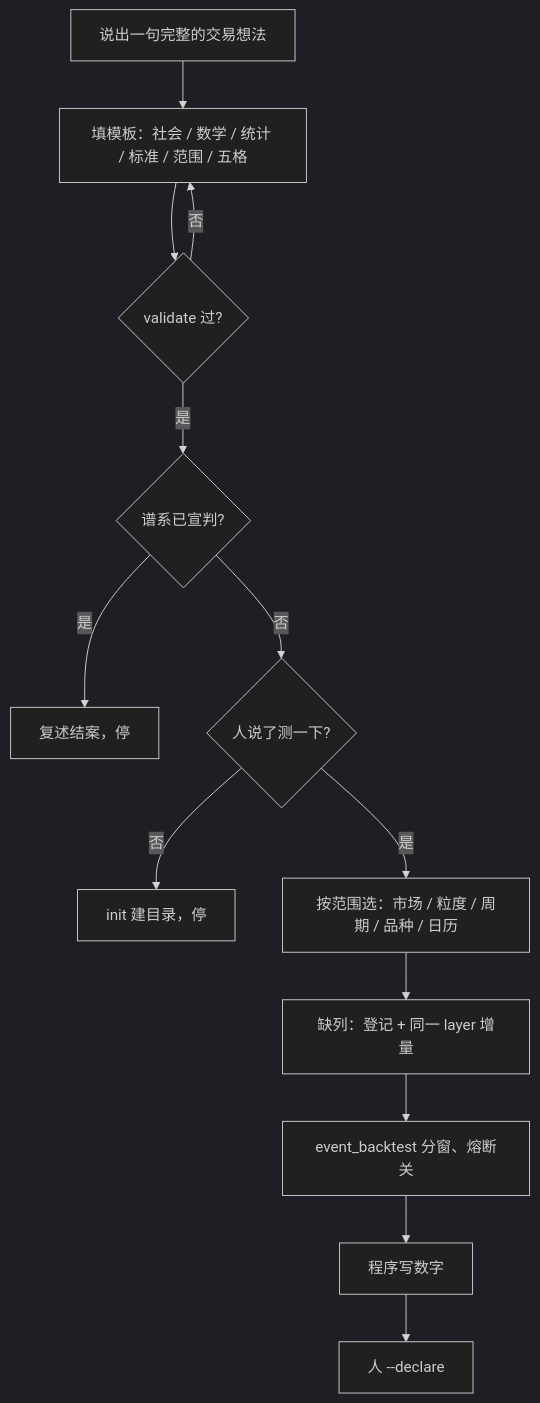
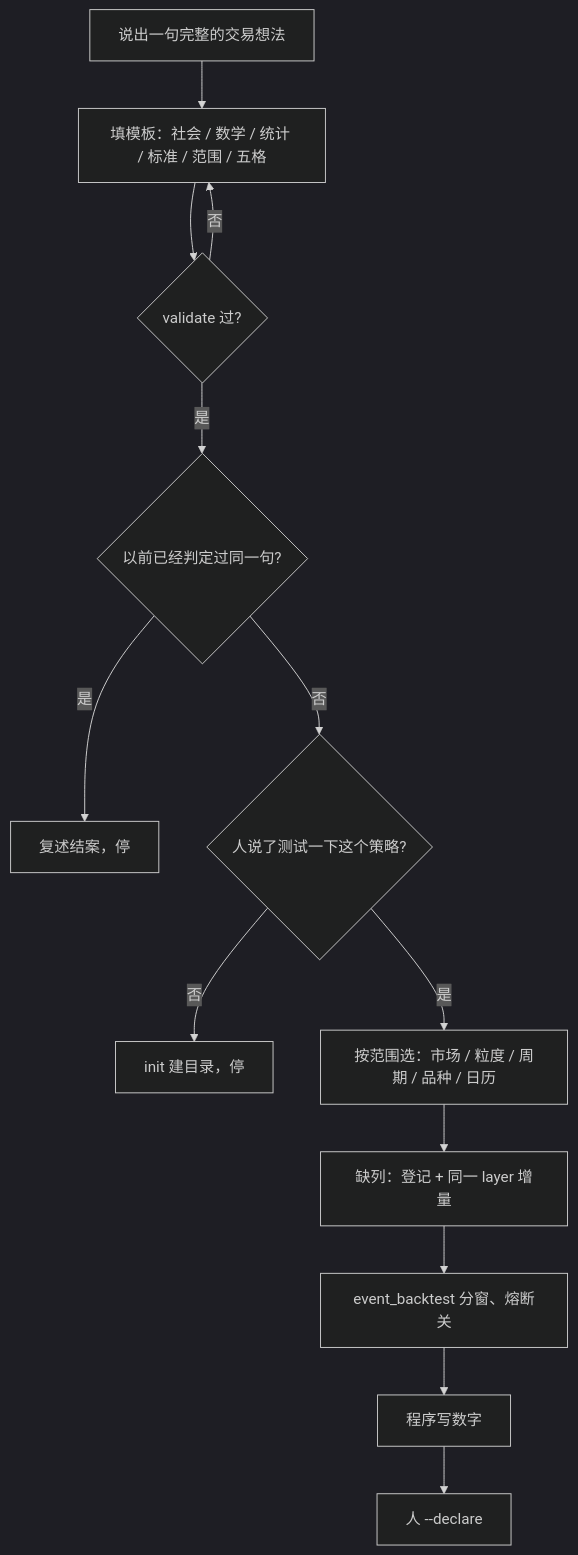
Before and after one commit to TradeEdgeX/interpretable-ml-trading: the second of 2 diagrams in docs/framework.md, drawn with Mermaid (dark theme). The commit also changed other lines of this file and 48 other files, not shown here.

````diff
--- a/docs/framework.md
+++ b/docs/framework.md
@@ -75,15 +75,15 @@
 ```mermaid
 flowchart TD
   A[说出一句完整的交易想法] --> B[填模板：社会 / 数学 / 统计 / 标准 / 范围 / 五格]
   B --> C{validate 过?}
   C -->|否| B
-  C -->|是| D{谱系已宣判?}
+  C -->|是| D{以前已经判定过同一句?}
   D -->|是| E[复述结案，停]
-  D -->|否| F{人说了测一下?}
+  D -->|否| F{人说了测试一下这个策略?}
   F -->|否| G[init 建目录，停]
   F -->|是| H[按范围选：市场 / 粒度 / 周期 / 品种 / 日历]
   H --> I[缺列：登记 + 同一 layer 增量]
   I --> J[event_backtest 分窗、熔断关]
   J --> K[程序写数字]
   K --> L[人 --declare]
 ```
````
